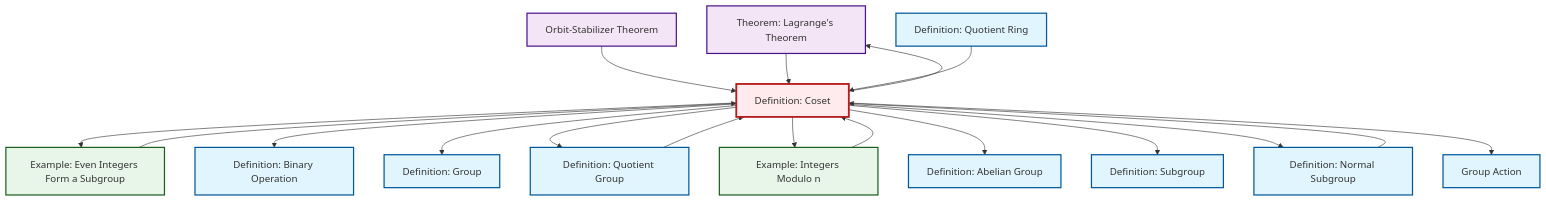
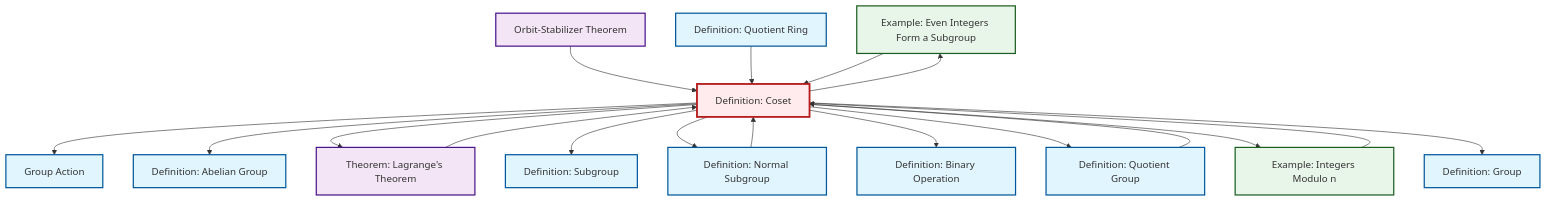
Before and after one commit to RK0429/ModernMath: the diagram in content/ja/algebra/def-coset.qmd, drawn with Mermaid. The commit also changed other lines of this file and 654 other files, not shown here.

First line of the commit message:
fix: Update cross-references to equivalence relation in quotient ring definitions

````diff
--- a/content/ja/algebra/def-coset.qmd
+++ b/content/ja/algebra/def-coset.qmd
@@ -162,52 +162,52 @@
 ```{mermaid}
 %%| fig-cap: "Local dependency graph"
 graph TD
     classDef definition fill:#e1f5fe,stroke:#01579b,stroke-width:2px
     classDef theorem fill:#f3e5f5,stroke:#4a148c,stroke-width:2px
     classDef axiom fill:#fff3e0,stroke:#e65100,stroke-width:2px
     classDef example fill:#e8f5e9,stroke:#1b5e20,stroke-width:2px
     classDef current fill:#ffebee,stroke:#b71c1c,stroke-width:3px
+    ex-even-integers-subgroup["Example: Even Integers Form a Subgroup"]:::example
+    def-coset["Definition: Coset"]:::definition
+    def-quotient-ring["Definition: Quotient Ring"]:::definition
     def-group["Definition: Group"]:::definition
-    def-abelian-group["Definition: Abelian Group"]:::definition
     thm-lagrange["Theorem: Lagrange's Theorem"]:::theorem
-    def-binary-operation["Definition: Binary Operation"]:::definition
-    def-quotient-ring["Definition: Quotient Ring"]:::definition
     def-quotient-group["Definition: Quotient Group"]:::definition
     def-subgroup["Definition: Subgroup"]:::definition
+    def-binary-operation["Definition: Binary Operation"]:::definition
     thm-orbit-stabilizer["Orbit-Stabilizer Theorem"]:::theorem
     def-normal-subgroup["Definition: Normal Subgroup"]:::definition
-    ex-even-integers-subgroup["Example: Even Integers Form a Subgroup"]:::example
+    def-abelian-group["Definition: Abelian Group"]:::definition
+    def-group-action["Group Action"]:::definition
     ex-quotient-integers-mod-n["Example: Integers Modulo n"]:::example
-    def-group-action["Group Action"]:::definition
-    def-coset["Definition: Coset"]:::definition
+    def-coset --> def-group-action
+    def-coset --> def-abelian-group
+    def-coset --> ex-even-integers-subgroup
     def-coset --> thm-lagrange
-    def-coset --> ex-even-integers-subgroup
+    def-coset --> def-subgroup
+    thm-lagrange --> def-coset
+    thm-orbit-stabilizer --> def-coset
+    def-quotient-group --> def-coset
+    def-coset --> def-normal-subgroup
+    def-quotient-ring --> def-coset
+    def-normal-subgroup --> def-coset
     def-coset --> def-binary-operation
+    ex-even-integers-subgroup --> def-coset
+    def-coset --> def-quotient-group
+    def-coset --> ex-quotient-integers-mod-n
+    def-coset --> def-group
     ex-quotient-integers-mod-n --> def-coset
-    def-coset --> def-group
-    def-coset --> def-quotient-group
-    def-normal-subgroup --> def-coset
-    def-coset --> ex-quotient-integers-mod-n
-    def-coset --> def-abelian-group
-    thm-orbit-stabilizer --> def-coset
-    thm-lagrange --> def-coset
-    def-quotient-group --> def-coset
-    def-coset --> def-subgroup
-    ex-even-integers-subgroup --> def-coset
-    def-quotient-ring --> def-coset
-    def-coset --> def-normal-subgroup
-    def-coset --> def-group-action
     class def-coset current
+    click ex-even-integers-subgroup "ex-even-integers-subgroup.html" "Example: Even Integers Form a Subgroupへ"
+    click def-quotient-ring "def-quotient-ring.html" "Definition: Quotient Ringへ"
     click def-group "def-group.html" "Definition: Groupへ"
-    click def-abelian-group "def-abelian-group.html" "Definition: Abelian Groupへ"
     click thm-lagrange "thm-lagrange.html" "Theorem: Lagrange's Theoremへ"
-    click def-binary-operation "def-binary-operation.html" "Definition: Binary Operationへ"
-    click def-quotient-ring "def-quotient-ring.html" "Definition: Quotient Ringへ"
     click def-quotient-group "def-quotient-group.html" "Definition: Quotient Groupへ"
     click def-subgroup "def-subgroup.html" "Definition: Subgroupへ"
+    click def-binary-operation "def-binary-operation.html" "Definition: Binary Operationへ"
     click thm-orbit-stabilizer "thm-orbit-stabilizer.html" "Orbit-Stabilizer Theoremへ"
     click def-normal-subgroup "def-normal-subgroup.html" "Definition: Normal Subgroupへ"
-    click ex-even-integers-subgroup "ex-even-integers-subgroup.html" "Example: Even Integers Form a Subgroupへ"
+    click def-abelian-group "def-abelian-group.html" "Definition: Abelian Groupへ"
+    click def-group-action "def-group-action.html" "Group Actionへ"
     click ex-quotient-integers-mod-n "ex-quotient-integers-mod-n.html" "Example: Integers Modulo nへ"
-    click def-group-action "def-group-action.html" "Group Actionへ"
 ```
````
